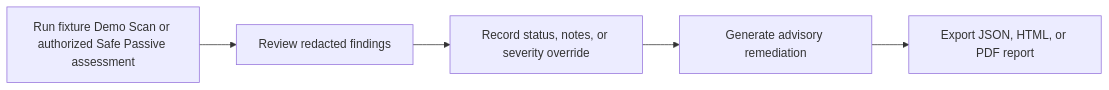
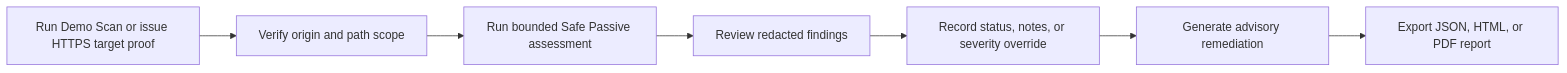
The diagram in README.md (syfr512/arzens-sentinel), drawn with Mermaid before and after one commit. The commit also changed other lines of this file and 33 other files, not shown here.

Commit message:
Checkpoint: Post-hardening release: verified HTTPS target authorization, scoped DNS-pinned safe scanning, lifecycle and idempotency controls, retention selection, secured report access, server hardening, dependency remediation, 33 automated tests, and professional security documentation.

````diff
--- a/README.md
+++ b/README.md
@@ -21,7 +21,9 @@
 ```mermaid
 flowchart LR
-  A[Run fixture Demo Scan or authorized Safe Passive assessment] --> B[Review redacted findings]
-  B --> C[Record status, notes, or severity override]
-  C --> D[Generate advisory remediation]
-  D --> E[Export JSON, HTML, or PDF report]
+  A[Run Demo Scan or issue HTTPS target proof] --> B[Verify origin and path scope]
+  B --> C[Run bounded Safe Passive assessment]
+  C --> D[Review redacted findings]
+  D --> E[Record status, notes, or severity override]
+  E --> F[Generate advisory remediation]
+  F --> G[Export JSON, HTML, or PDF report]
 ```
````
